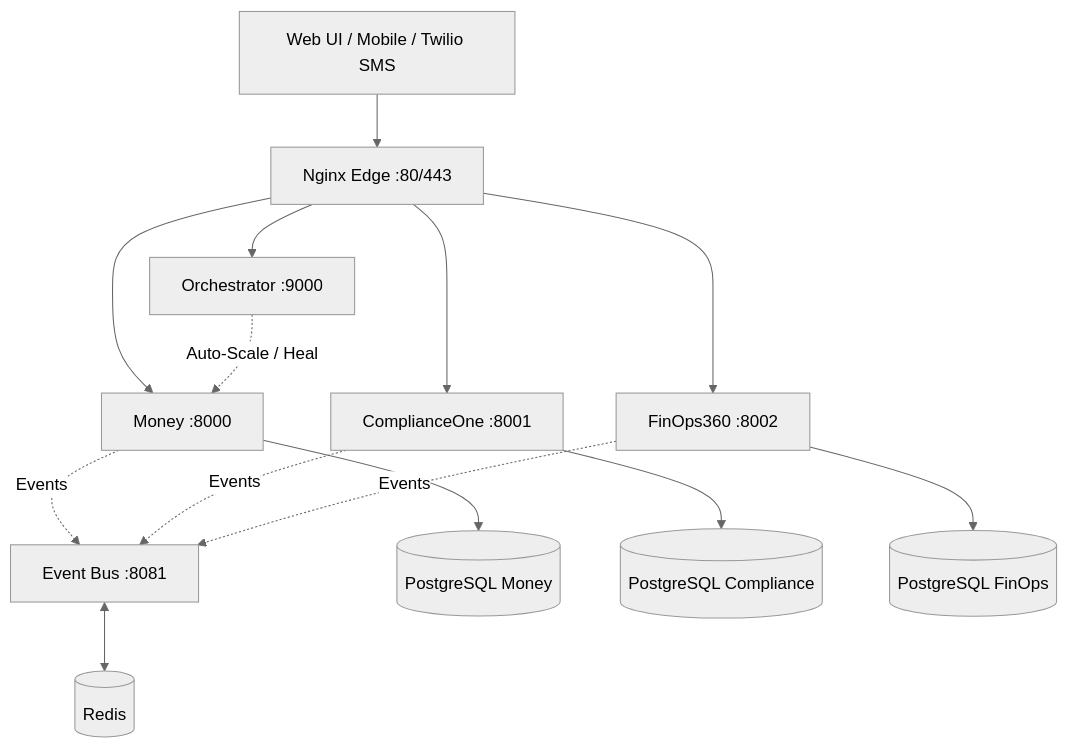
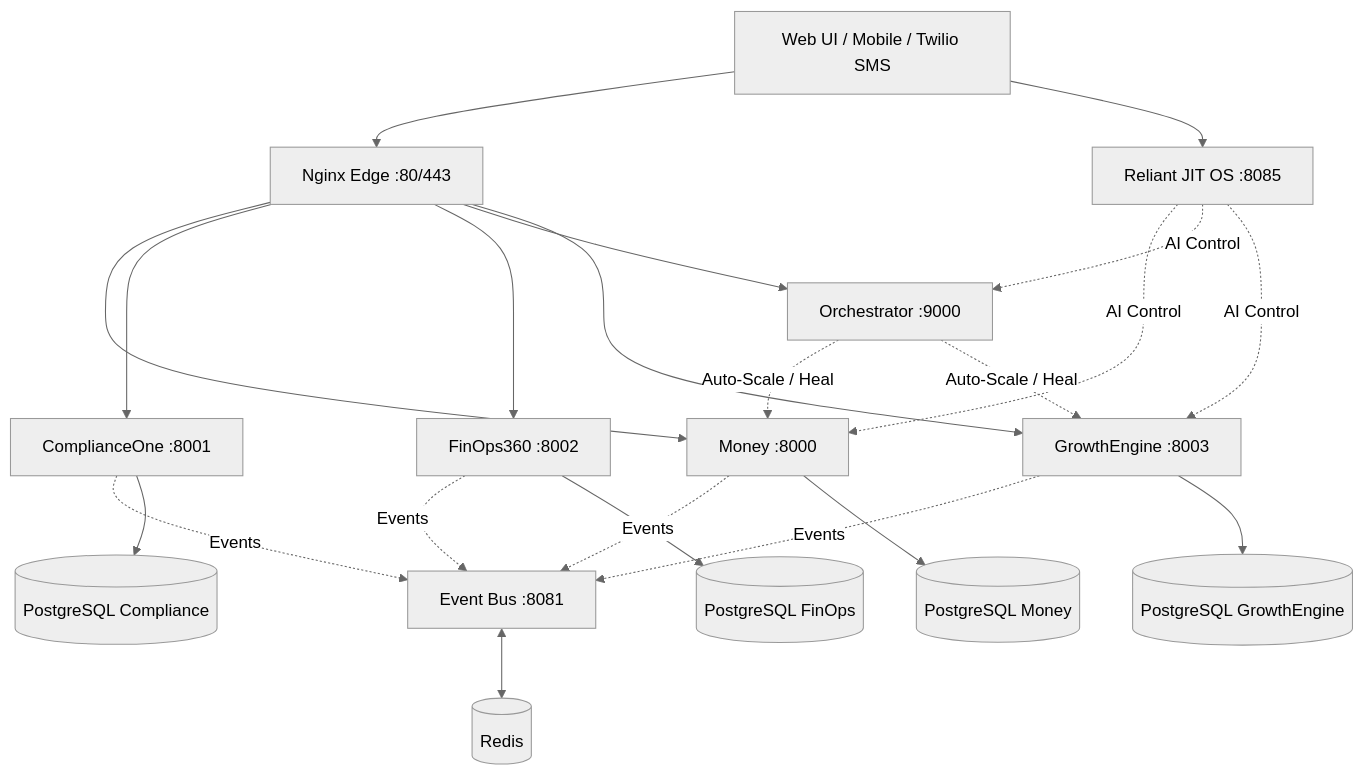
The diagram in README.md (Senpai-Sama7/ReliantAI), drawn with Mermaid (neutral theme) before and after one commit. The commit also changed other lines of this file and 147 other files, not shown here.

````diff
--- a/README.md
+++ b/README.md
@@ -49,21 +66,30 @@
 ```mermaid
 graph TB
     Client[Web UI / Mobile / Twilio SMS] --> N[Nginx Edge :80/443]
+    Client --> JIT[Reliant JIT OS :8085]
+    
+    JIT -.->|AI Control| M[Money :8000]
+    JIT -.->|AI Control| O[Orchestrator :9000]
+    JIT -.->|AI Control| G[GrowthEngine :8003]
     
     N --> M[Money :8000]
     N --> C[ComplianceOne :8001]
     N --> F[FinOps360 :8002]
     N --> O[Orchestrator :9000]
+    N --> G[GrowthEngine :8003]
     
     M -.->|Events| EB[Event Bus :8081]
     C -.->|Events| EB
     F -.->|Events| EB
+    G -.->|Events| EB
     
     EB <--> R[(Redis)]
     
     M --> DB_M[(PostgreSQL Money)]
     C --> DB_C[(PostgreSQL Compliance)]
     F --> DB_F[(PostgreSQL FinOps)]
+    G --> DB_G[(PostgreSQL GrowthEngine)]
     
     O -.->|Auto-Scale / Heal| M
+    O -.->|Auto-Scale / Heal| G
 ```
````
